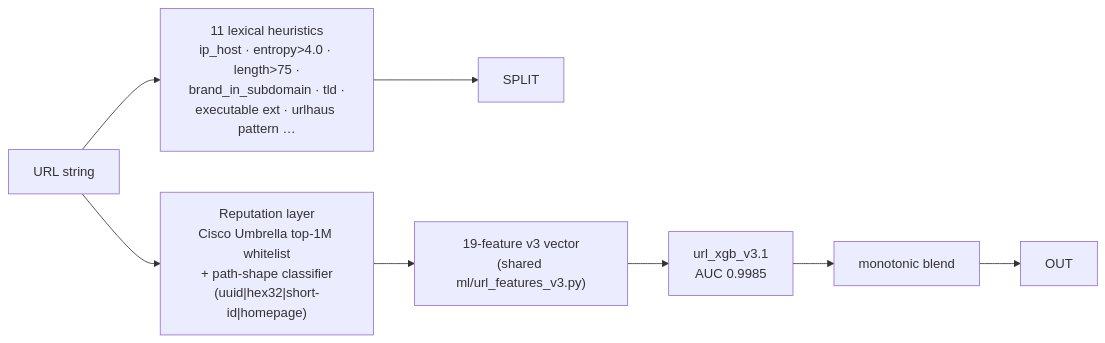
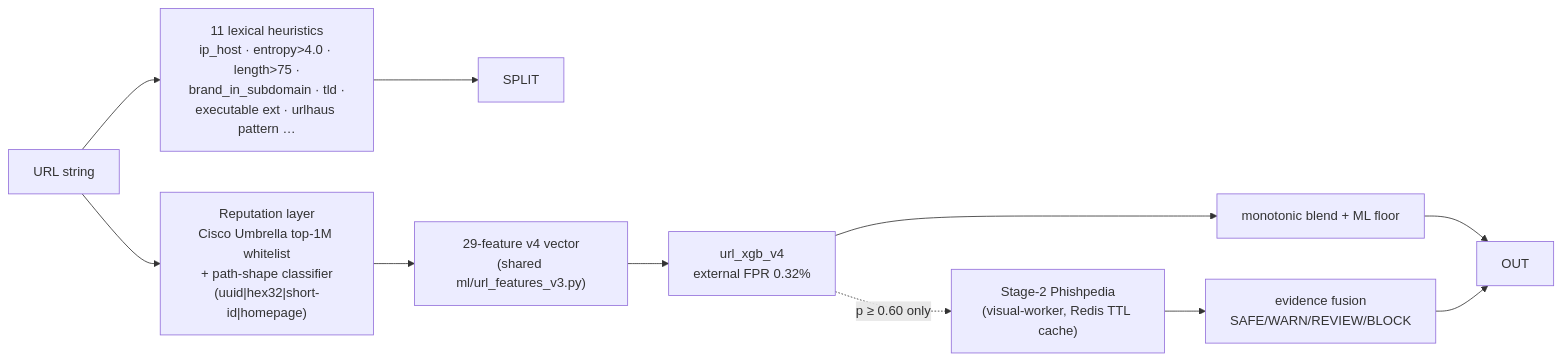
Before and after one commit to chandan0000001/Hack_thon_bput: the sixth of 13 diagrams in ARCHITECTURE.md, drawn with Mermaid. The commit also changed 32 other files, not shown here.

````diff
--- a/ARCHITECTURE.md
+++ b/ARCHITECTURE.md
@@ -282,8 +282,10 @@
 ```mermaid
 flowchart LR
     URL["URL string"] --> LEX["11 lexical heuristics<br/>ip_host · entropy>4.0 · length>75 ·<br/>brand_in_subdomain · tld ·<br/>executable ext · urlhaus pattern …"]
     URL --> REP["Reputation layer<br/>Cisco Umbrella top-1M whitelist<br/>+ path-shape classifier<br/>(uuid|hex32|short-id|homepage)"]
     LEX --> SPLIT
-    REP --> FEAT["19-feature v3 vector<br/>(shared ml/url_features_v3.py)"] --> ML["url_xgb_v3.1<br/>AUC 0.9985"]
-    ML --> FUSE["monotonic blend"] --> OUT
+    REP --> FEAT["29-feature v4 vector<br/>(shared ml/url_features_v3.py)"] --> ML["url_xgb_v4<br/>external FPR 0.32%"]
+    ML --> FUSE["monotonic blend + ML floor"] --> OUT
+    ML -. "p ≥ 0.60 only" .-> S2["Stage-2 Phishpedia<br/>(visual-worker, Redis TTL cache)"]
+    S2 --> FUSE2["evidence fusion<br/>SAFE/WARN/REVIEW/BLOCK"] --> OUT
 ```
````
